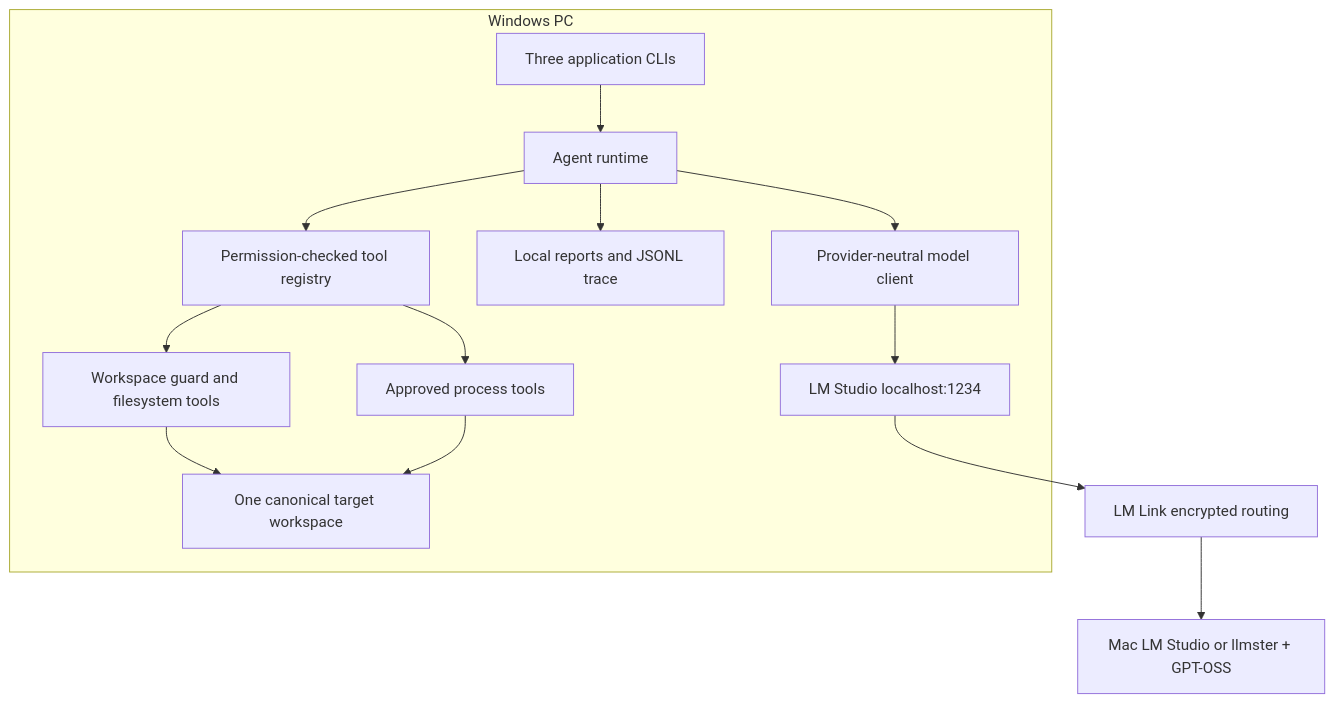
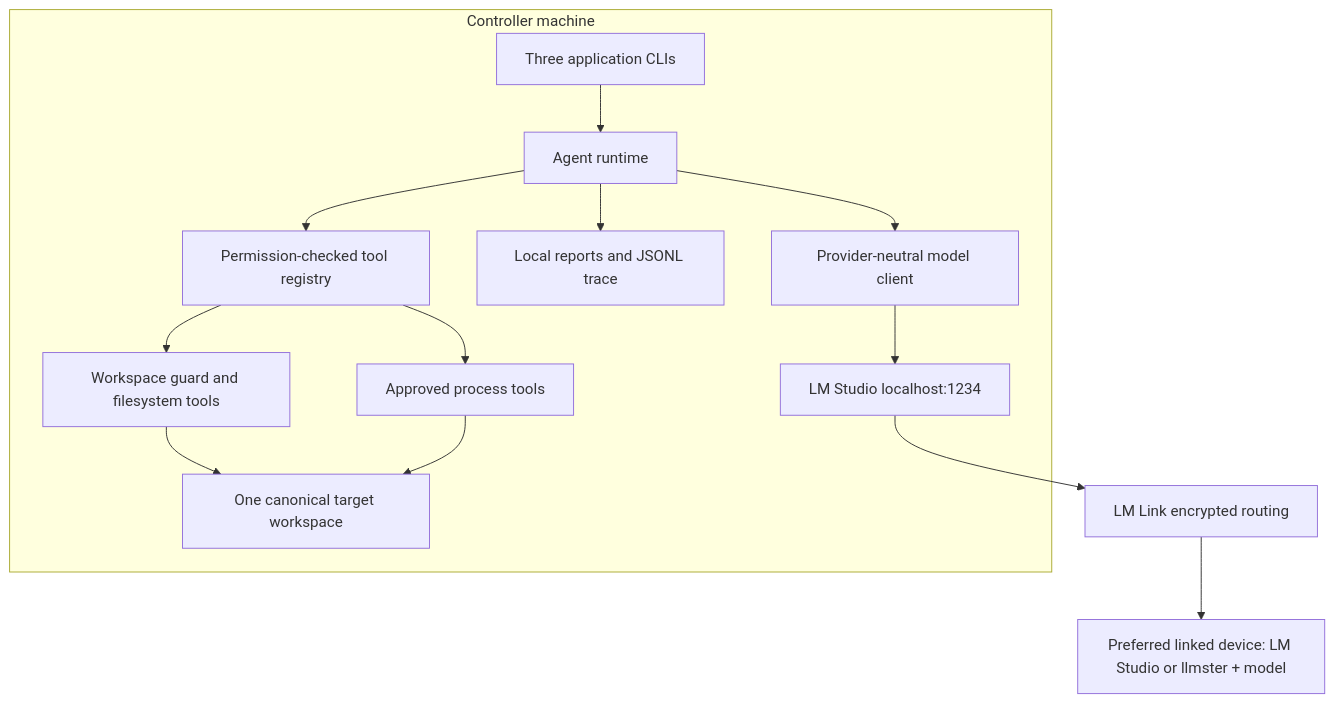
Before and after one commit to nolanyoungg/Nolan-Young-local-agent-laboratory-lmstudio: the diagram in docs/architecture.md, drawn with Mermaid. The commit also changed other lines of this file and 19 other files, not shown here.

Commit message:
docs: make LM Link topology machine-neutral

````diff
--- a/docs/architecture.md
+++ b/docs/architecture.md
@@ -10,16 +10,16 @@
 ```mermaid
 flowchart TB
-  subgraph Windows["Windows PC"]
+  subgraph Controller["Controller machine"]
     Apps["Three application CLIs"] --> Runtime["Agent runtime"]
     Runtime --> Registry["Permission-checked tool registry"]
     Registry --> FS["Workspace guard and filesystem tools"]
     Registry --> Proc["Approved process tools"]
     FS --> Target["One canonical target workspace"]
     Proc --> Target
     Runtime --> Trace["Local reports and JSONL trace"]
     Runtime --> Client["Provider-neutral model client"]
     Client --> Server["LM Studio localhost:1234"]
   end
   Server --> Link["LM Link encrypted routing"]
-  Link --> Mac["Mac LM Studio or llmster + GPT-OSS"]
+  Link --> Device["Preferred linked device: LM Studio or llmster + model"]
 ```
````
